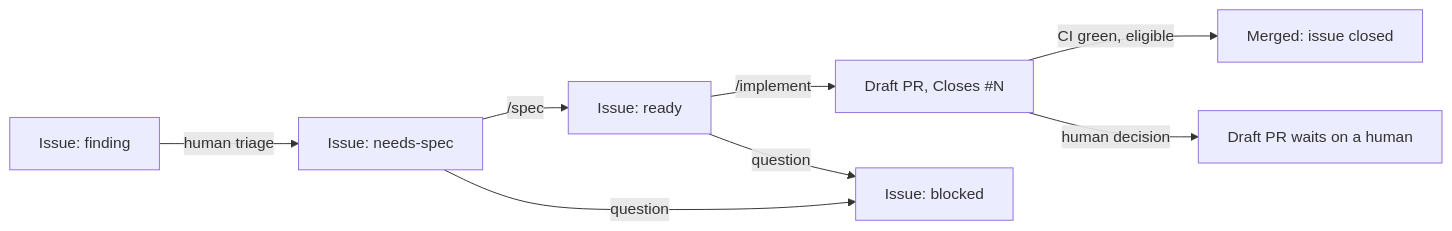
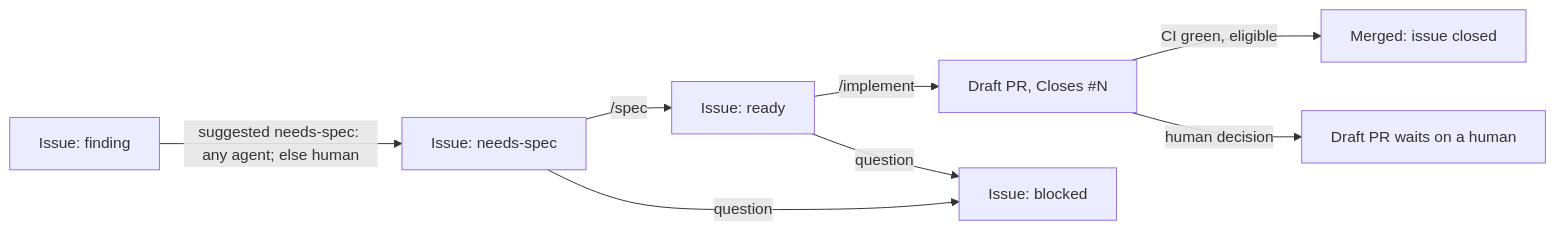
One commit to wmtylerbrown/lingible changed the diagram in docs/development/AGENT_PROTOCOL.md. Above: the diagram before and after it, drawn with Mermaid. The commit also changed other lines of this file and 2 other files, not shown here.

First line of the commit message:
Adopt findings auto-triage, self-pacing loop, and non-overlapping parallel implement runs (#25)

````diff
--- a/docs/development/AGENT_PROTOCOL.md
+++ b/docs/development/AGENT_PROTOCOL.md
@@ -12,10 +12,10 @@
 ```mermaid
 flowchart LR
     I[Issue: needs-spec] -->|/spec| R[Issue: ready]
     R -->|/implement| P[Draft PR, Closes #N]
     P -->|CI green, eligible| M[Merged: issue closed]
     P -->|human decision| H[Draft PR waits on a human]
     I -->|question| B[Issue: blocked]
     R -->|question| B
-    F[Issue: finding] -->|human triage| I
+    F[Issue: finding] -->|suggested needs-spec: any agent; else human| I
 ```
````
